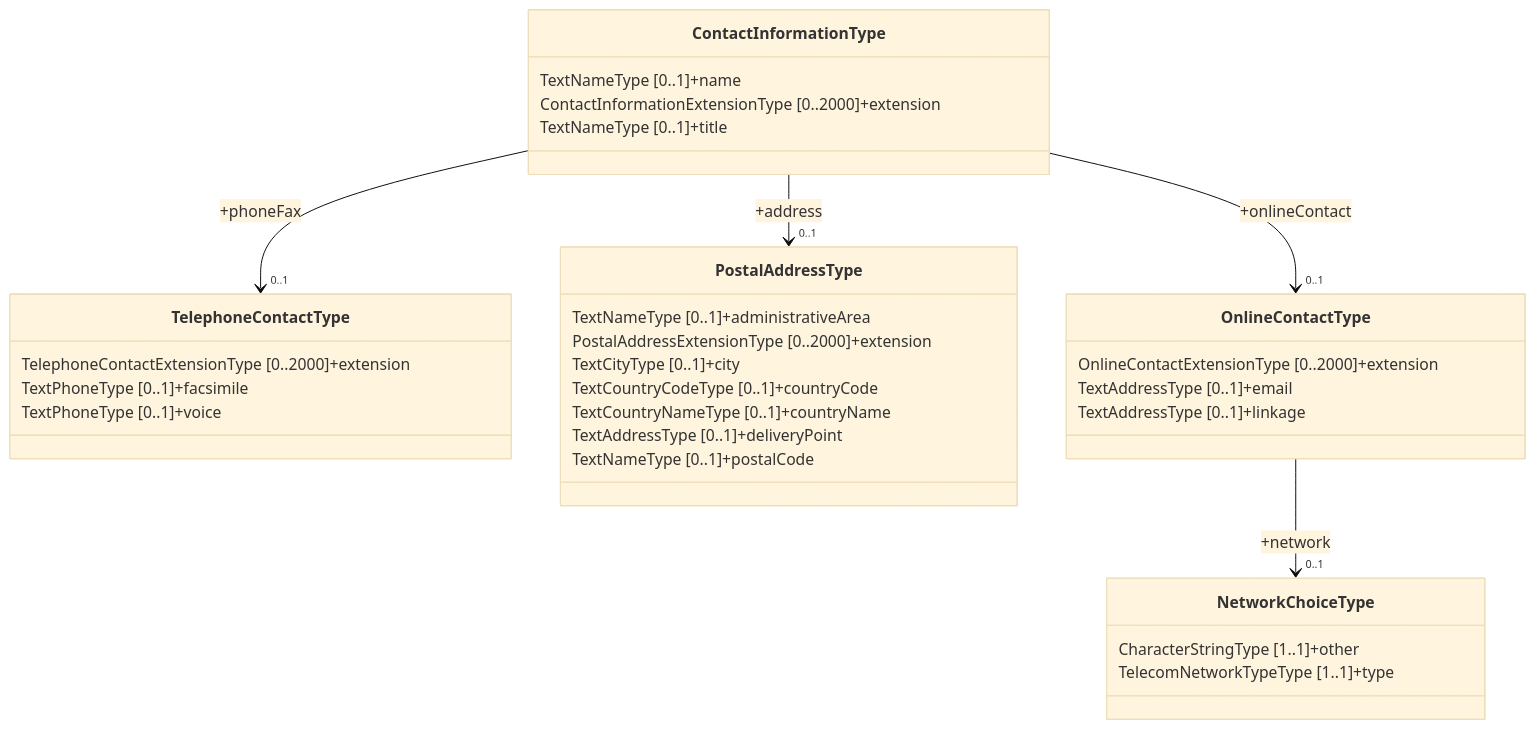
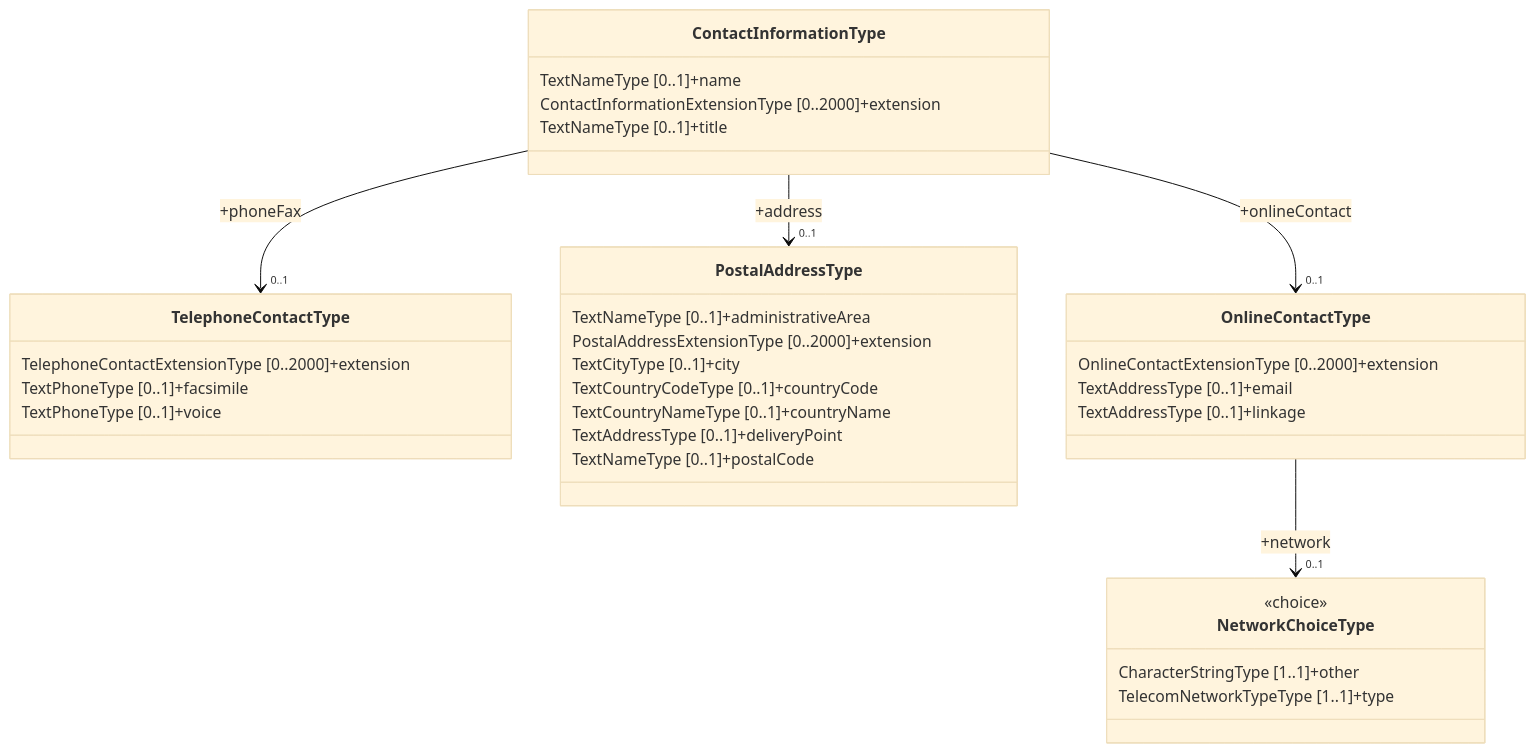
One commit to du-lapin/test_docsify changed the diagram in docs/fixm/FIXM_UML_in_mermaid.md. Above: the diagram before and after it, drawn with Mermaid (base theme). The commit also changed other lines of this file, not shown here.

````diff
--- a/docs/fixm/FIXM_UML_in_mermaid.md
+++ b/docs/fixm/FIXM_UML_in_mermaid.md
@@ -16,34 +5,35 @@
 ```mermaid
 classDiagram
 class ContactInformationType
 ContactInformationType : TextNameType [0..1]+name
 ContactInformationType : ContactInformationExtensionType [0..2000]+extension
 %% ContactInformationType : PostalAddressType [0..1]+address
 %% ContactInformationType : OnlineContactType [0..2000]+onlineContact
 %% ContactInformationType : TelephoneContactType [0..1]+phoneFax
 ContactInformationType : TextNameType [0..1]+title
 class TelephoneContactType
 TelephoneContactType : TelephoneContactExtensionType [0..2000]+extension
 TelephoneContactType : TextPhoneType [0..1]+facsimile
 TelephoneContactType : TextPhoneType [0..1]+voice
 class PostalAddressType
 PostalAddressType : TextNameType [0..1]+administrativeArea
 PostalAddressType : PostalAddressExtensionType [0..2000]+extension
 PostalAddressType : TextCityType [0..1]+city
 PostalAddressType : TextCountryCodeType [0..1]+countryCode
 PostalAddressType : TextCountryNameType [0..1]+countryName
 PostalAddressType : TextAddressType [0..1]+deliveryPoint
 PostalAddressType : TextNameType [0..1]+postalCode
 class OnlineContactType
 OnlineContactType : OnlineContactExtensionType [0..2000]+extension
 OnlineContactType : TextAddressType [0..1]+email
 OnlineContactType : TextAddressType [0..1]+linkage
 %% OnlineContactType : NetworkChoiceType [0..1]+network
 class NetworkChoiceType
+<<choice>> NetworkChoiceType
 NetworkChoiceType : CharacterStringType [1..1]+other
 NetworkChoiceType : TelecomNetworkTypeType [1..1]+type
 ContactInformationType --> "0..1" TelephoneContactType : +phoneFax
 ContactInformationType --> "0..1" PostalAddressType : +address
 ContactInformationType --> "0..1" OnlineContactType : +onlineContact
 OnlineContactType --> "0..1" NetworkChoiceType : +network
 ```
````
